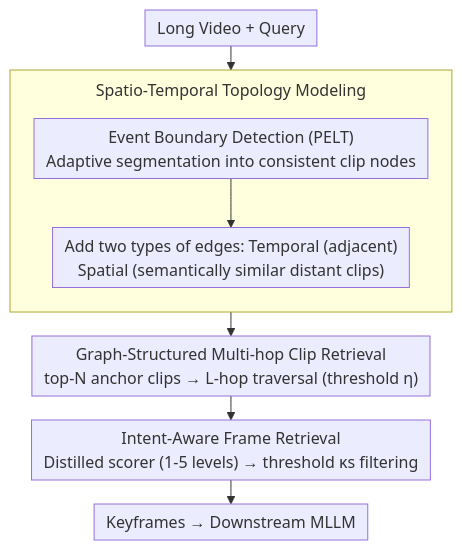
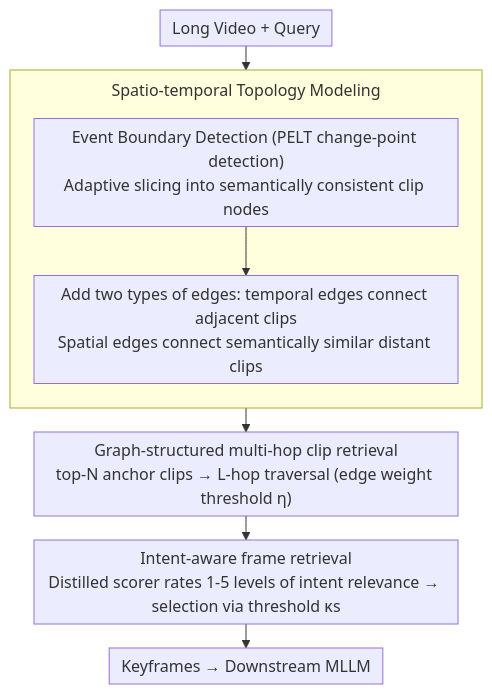
Before and after one commit to zhaoyang97/Paper-Notes-en: the diagram in docs/ACL2026/information_retrieval/videostir_understanding_long_videos_via_spatio-temporally_structured_and_intent-.md, drawn with Mermaid. The commit also changed other lines of this file and 5084 other files, not shown here.

````diff
--- a/docs/ACL2026/information_retrieval/videostir_understanding_long_videos_via_spatio-temporally_structured_and_intent-.md
+++ b/docs/ACL2026/information_retrieval/videostir_understanding_long_videos_via_spatio-temporally_structured_and_intent-.md
@@ -46,12 +46,12 @@
 ```mermaid
 %%{init: {'flowchart': {'rankSpacing': 24, 'nodeSpacing': 28, 'padding': 6, 'wrappingWidth': 400, 'subGraphTitleMargin': {'top': 8, 'bottom': 16}}}}%%
 flowchart TD
     A["Long Video + Query"] --> B
-    subgraph G["Spatio-Temporal Topology Modeling"]
+    subgraph G["Spatio-temporal Topology Modeling"]
         direction TB
-        B["Event Boundary Detection (PELT) <br/>Adaptive segmentation into consistent clip nodes"] --> C["Add two types of edges: Temporal (adjacent) <br/>Spatial (semantically similar distant clips)"]
+        B["Event Boundary Detection (PELT change-point detection)<br/>Adaptive slicing into semantically consistent clip nodes"] --> C["Add two types of edges: temporal edges connect adjacent clips<br/>Spatial edges connect semantically similar distant clips"]
     end
-    C --> D["Graph-Structured Multi-hop Clip Retrieval<br/>top-N anchor clips → L-hop traversal (threshold η)"]
-    D --> E["Intent-Aware Frame Retrieval<br/>Distilled scorer (1-5 levels) → threshold κs filtering"]
+    C --> D["Graph-structured multi-hop clip retrieval<br/>top-N anchor clips → L-hop traversal (edge weight threshold η)"]
+    D --> E["Intent-aware frame retrieval<br/>Distilled scorer rates 1-5 levels of intent relevance → selection via threshold κs"]
     E --> F["Keyframes → Downstream MLLM"]
 ```
````
